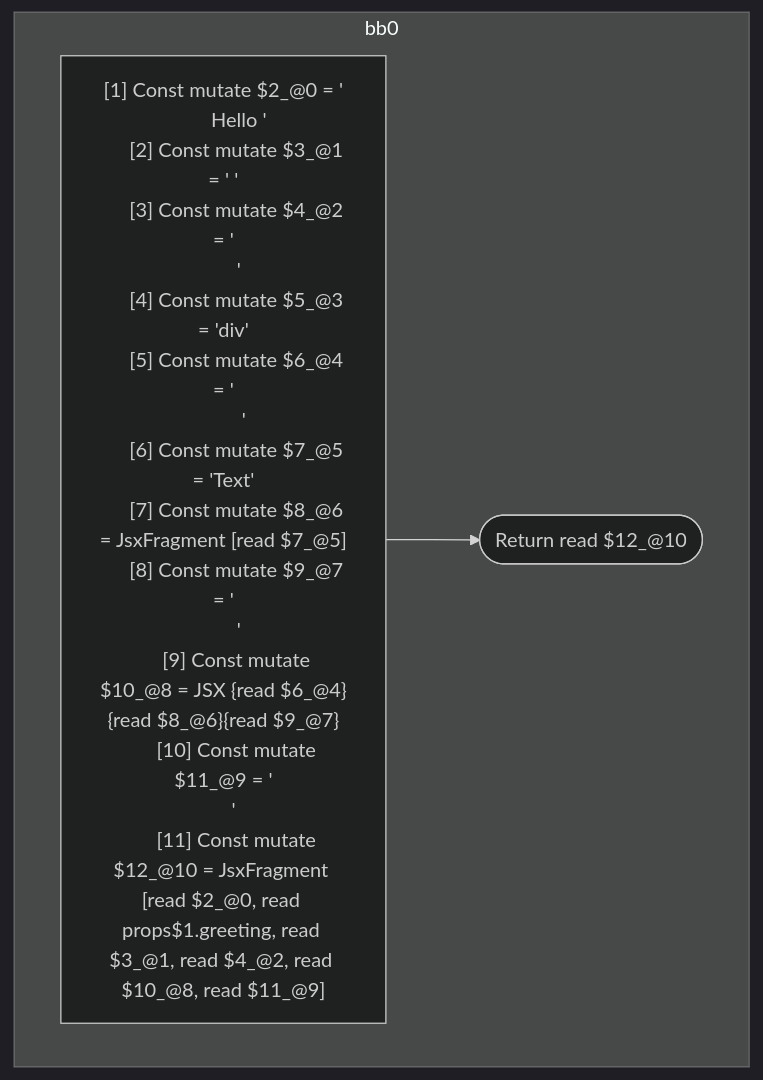
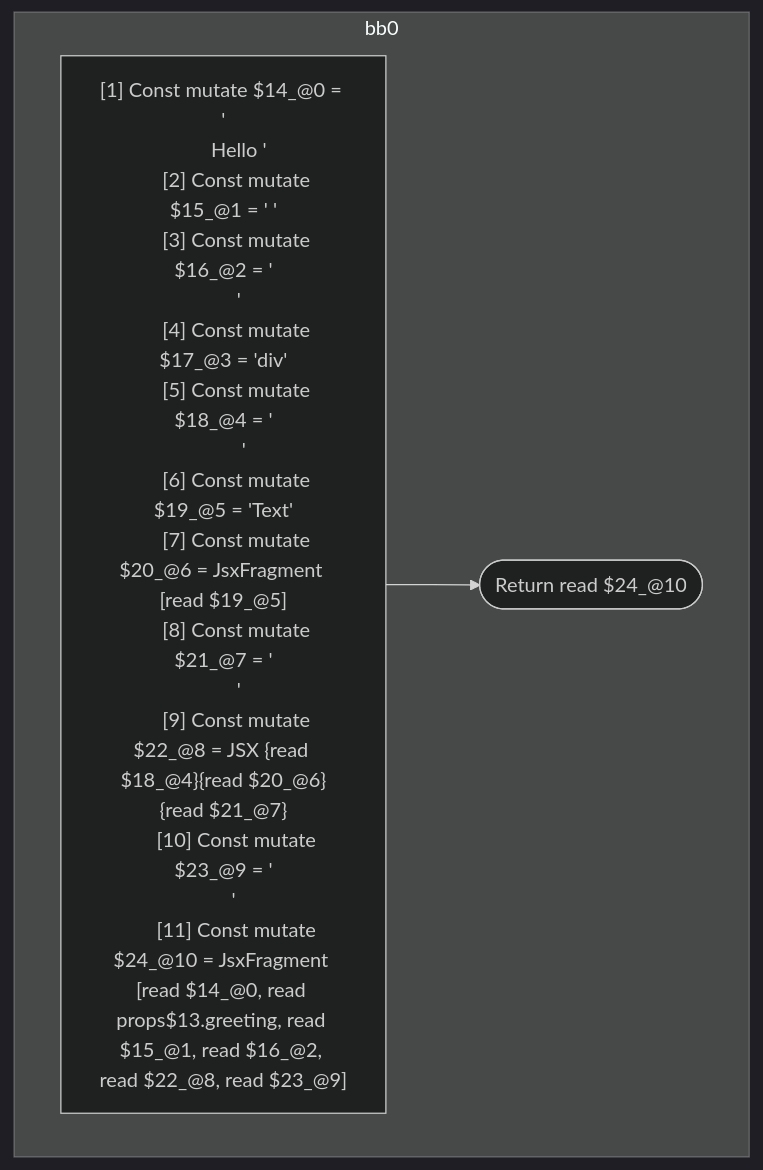
One commit to wutsmog/private changed the diagram in compiler/forget/src/__tests__/fixtures/hir/jsx-fragment.expect.md. Above: the diagram before and after it, drawn with Mermaid (dark theme). The commit also changed other lines of this file and 59 other files, not shown here.

````diff
--- a/compiler/forget/src/__tests__/fixtures/hir/jsx-fragment.expect.md
+++ b/compiler/forget/src/__tests__/fixtures/hir/jsx-fragment.expect.md
@@ -38,23 +38,23 @@
 ```mermaid
 flowchart TB
   %% Basic Blocks
   subgraph bb0
     bb0_instrs["
-      [1] Const mutate $2_@0 = '\n      Hello '
-      [2] Const mutate $3_@1 = ' '
-      [3] Const mutate $4_@2 = '\n      '
-      [4] Const mutate $5_@3 = 'div'
-      [5] Const mutate $6_@4 = '\n        '
-      [6] Const mutate $7_@5 = 'Text'
-      [7] Const mutate $8_@6 = JsxFragment [read $7_@5]
-      [8] Const mutate $9_@7 = '\n      '
-      [9] Const mutate $10_@8 = JSX <read $5_@3>{read $6_@4}{read $8_@6}{read $9_@7}</read $5_@3>
-      [10] Const mutate $11_@9 = '\n    '
-      [11] Const mutate $12_@10 = JsxFragment [read $2_@0, read props$1.greeting, read $3_@1, read $4_@2, read $10_@8, read $11_@9]
+      [1] Const mutate $14_@0 = '\n      Hello '
+      [2] Const mutate $15_@1 = ' '
+      [3] Const mutate $16_@2 = '\n      '
+      [4] Const mutate $17_@3 = 'div'
+      [5] Const mutate $18_@4 = '\n        '
+      [6] Const mutate $19_@5 = 'Text'
+      [7] Const mutate $20_@6 = JsxFragment [read $19_@5]
+      [8] Const mutate $21_@7 = '\n      '
+      [9] Const mutate $22_@8 = JSX <read $17_@3>{read $18_@4}{read $20_@6}{read $21_@7}</read $17_@3>
+      [10] Const mutate $23_@9 = '\n    '
+      [11] Const mutate $24_@10 = JsxFragment [read $14_@0, read props$13.greeting, read $15_@1, read $16_@2, read $22_@8, read $23_@9]
     "]
-    bb0_instrs --> bb0_terminal(["Return read $12_@10"])
+    bb0_instrs --> bb0_terminal(["Return read $24_@10"])
   end
 
   %% Jumps
   %% empty
 ```
````
